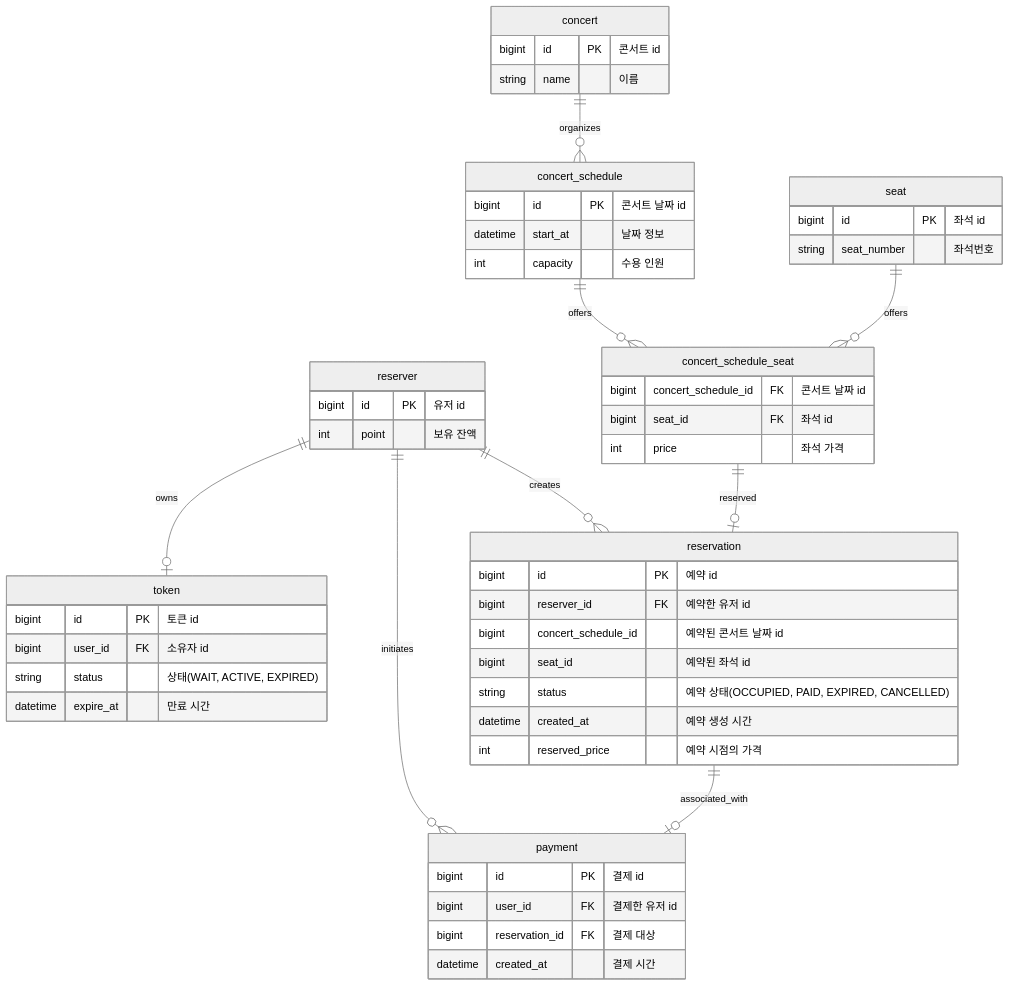
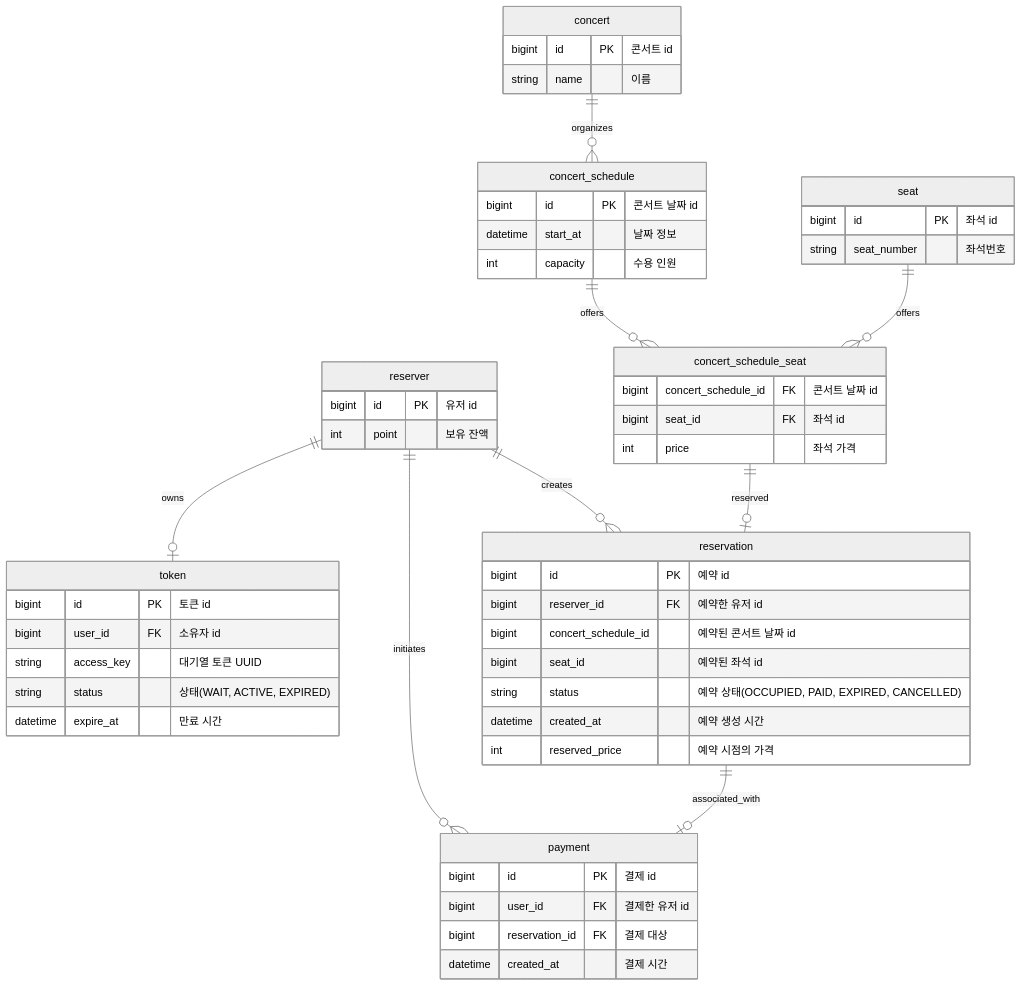
The diagram in docs/ERD/ERD.md (adiospain/hhplus-concert-reservation-service-java), drawn with Mermaid (neutral theme) before and after one commit. The commit also changed 16 other files, not shown here.

First line of the commit message:
FEAT : Token에 accessKey 추가

````diff
--- a/docs/ERD/ERD.md
+++ b/docs/ERD/ERD.md
@@ -1,59 +1,60 @@
 ```mermaid
 erDiagram
 
 	reserver{
 		bigint id PK "유저 id"
 		int point "보유 잔액"
 	}
 	payment {
 		bigint id PK "결제 id"
 		bigint user_id FK "결제한 유저 id"
 		bigint reservation_id FK "결제 대상"
 		datetime created_at "결제 시간"
 	}
 	token {
 		bigint id PK "토큰 id"
 		bigint user_id FK "소유자 id"
+		string access_key "대기열 토큰 UUID"
 		string status "상태(WAIT, ACTIVE, EXPIRED)"
 		datetime expire_at "만료 시간"
 	}
 	concert{
 		bigint id PK "콘서트 id"
 		string name "이름"
 	}
 	concert_schedule{
         bigint id PK "콘서트 날짜 id"
 		datetime start_at "날짜 정보"
 		int capacity "수용 인원"
 	}
 	concert_schedule_seat{
 	    bigint concert_schedule_id FK "콘서트 날짜 id"
 	    bigint seat_id FK "좌석 id"
 	    int price "좌석 가격"
     }
 	
 	seat{
         bigint id PK "좌석 id"
 		string seat_number "좌석번호"
 	}
 	reservation{
 	    bigint id PK "예약 id"
         bigint reserver_id FK "예약한 유저 id"
 	    bigint concert_schedule_id "예약된 콘서트 날짜 id"
 		bigint seat_id "예약된 좌석 id"
 		string status "예약 상태(OCCUPIED, PAID, EXPIRED, CANCELLED)"
 		datetime created_at "예약 생성 시간"
 		int reserved_price "예약 시점의 가격"
 	}
 	
 
 	reserver ||--o{ payment : initiates
     reserver ||--o{ reservation : creates
 	concert ||--o{ concert_schedule : organizes
     concert_schedule ||--o{ concert_schedule_seat : offers
     seat ||--o{ concert_schedule_seat : offers
     concert_schedule_seat ||--o| reservation : reserved
 	reservation ||--o| payment : associated_with
     reserver ||--o| token : owns
 	
 ```
````
